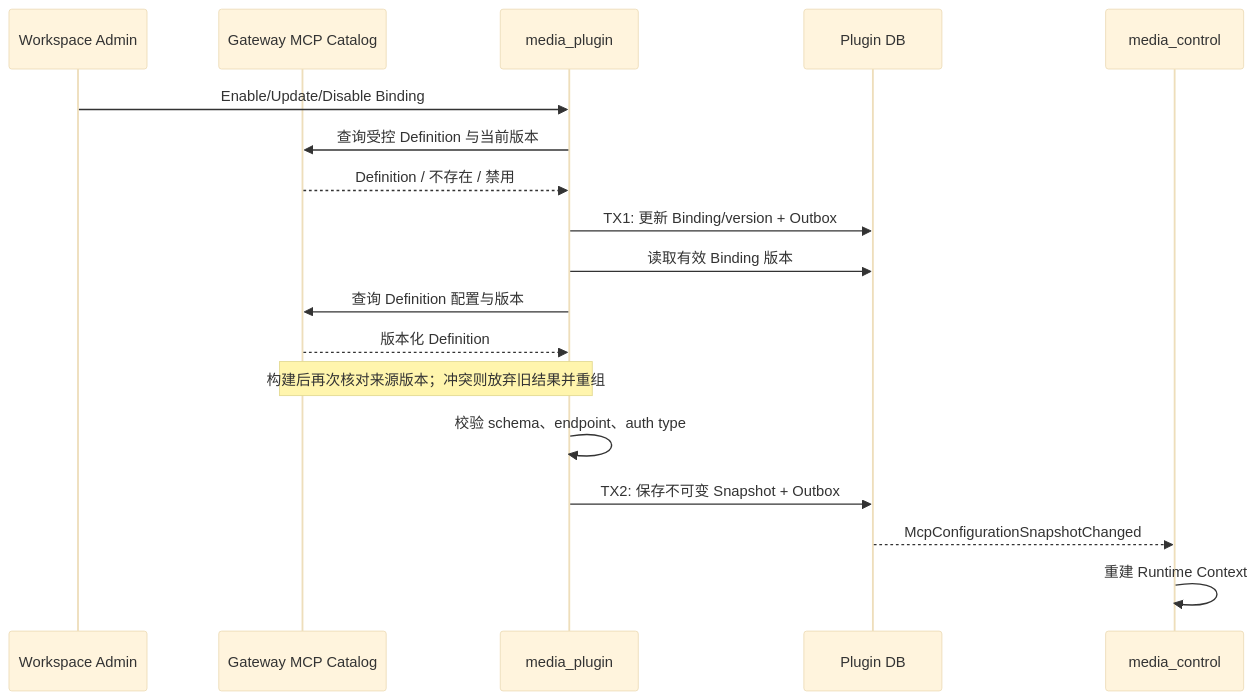
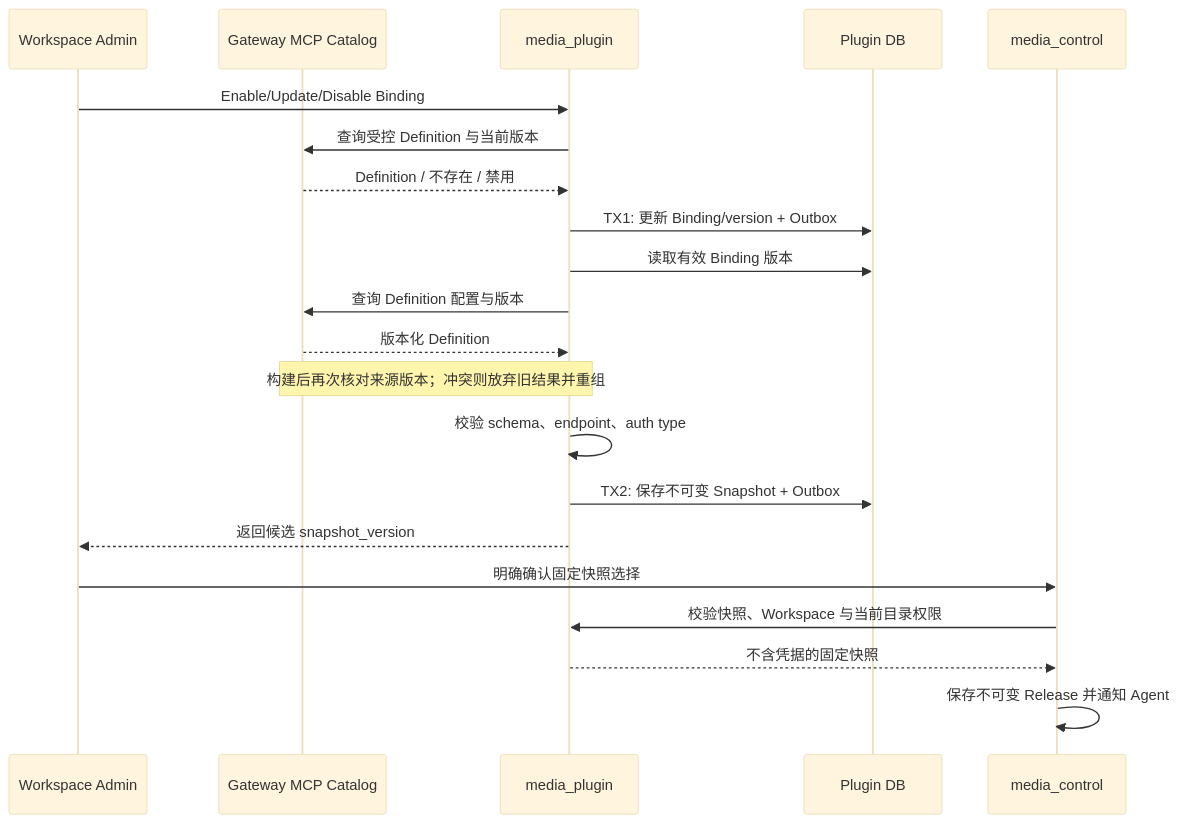
The diagram in docs/ddd/media_plugin/workflow/0001-plugin_binding_snapshot/plugin_binding_snapshot.md (hotttao/media_agent), drawn with Mermaid (base theme) before and after one commit. The commit also changed other lines of this file and 29 other files, not shown here.

````diff
--- a/docs/ddd/media_plugin/workflow/0001-plugin_binding_snapshot/plugin_binding_snapshot.md
+++ b/docs/ddd/media_plugin/workflow/0001-plugin_binding_snapshot/plugin_binding_snapshot.md
@@ -20,20 +20,23 @@
 ```mermaid
 sequenceDiagram
     participant U as Workspace Admin
     participant G as Gateway MCP Catalog
     participant P as media_plugin
     participant DB as Plugin DB
     participant C as media_control
     U->>P: Enable/Update/Disable Binding
     P->>G: 查询受控 Definition 与当前版本
     G-->>P: Definition / 不存在 / 禁用
     P->>DB: TX1: 更新 Binding/version + Outbox
     P->>DB: 读取有效 Binding 版本
     P->>G: 查询 Definition 配置与版本
     G-->>P: 版本化 Definition
     Note over P,G: 构建后再次核对来源版本；冲突则放弃旧结果并重组
     P->>P: 校验 schema、endpoint、auth type
     P->>DB: TX2: 保存不可变 Snapshot + Outbox
-    DB-->>C: McpConfigurationSnapshotChanged
-    C->>C: 重建 Runtime Context
+    P-->>U: 返回候选 snapshot_version
+    U->>C: 明确确认固定快照选择
+    C->>P: 校验快照、Workspace 与当前目录权限
+    P-->>C: 不含凭据的固定快照
+    C->>C: 保存不可变 Release 并通知 Agent
 ```
````
